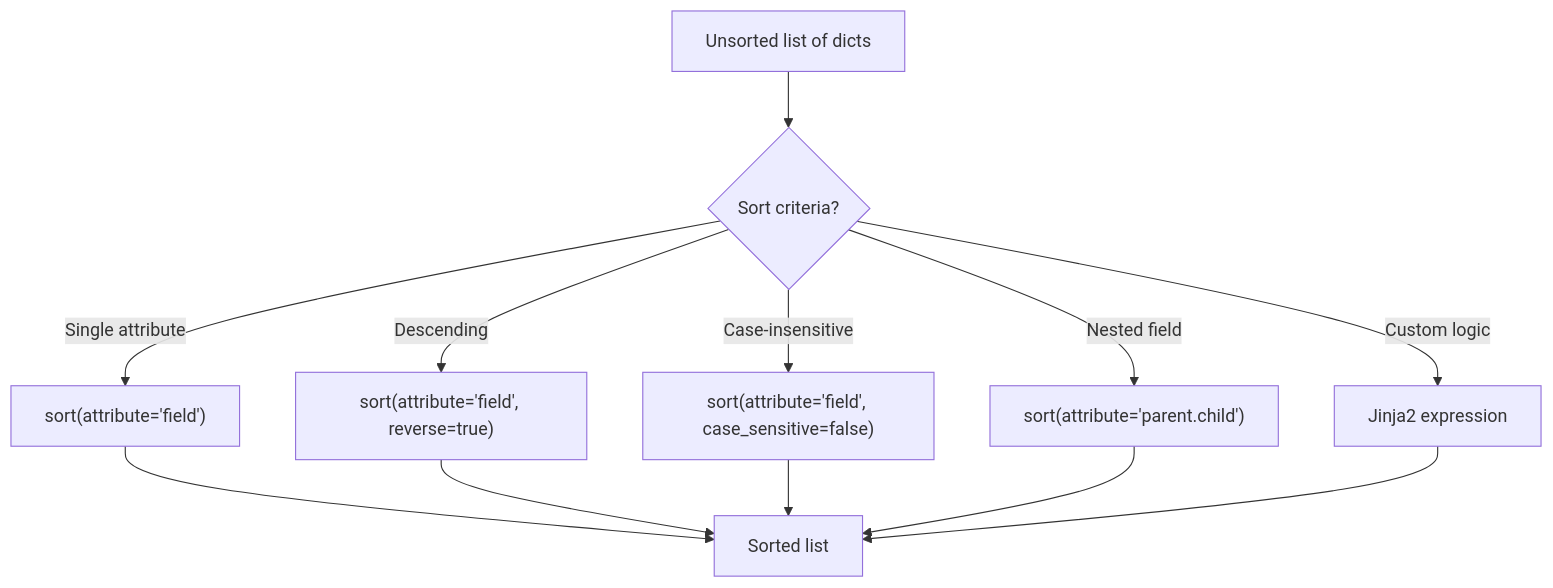
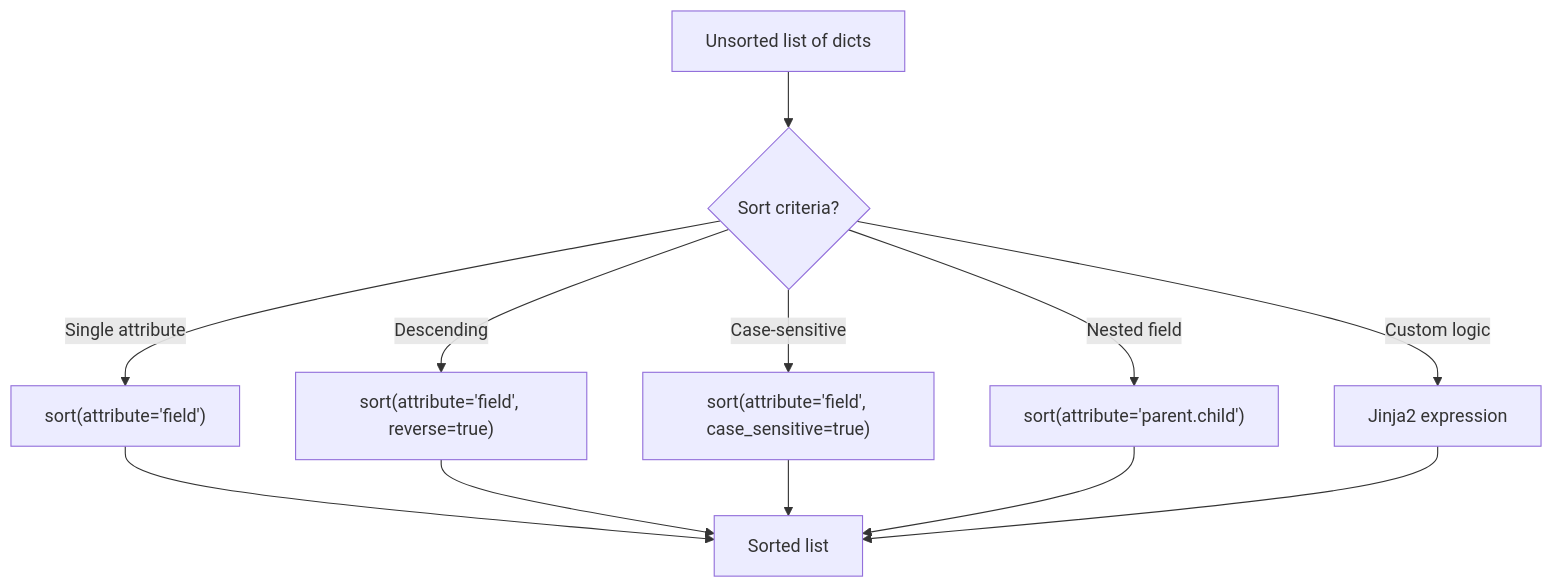
The diagram in posts/2026-02-21-how-to-sort-lists-of-dictionaries-in-ansible/README.md (OneUptime/blog), drawn with Mermaid before and after one commit. The commit also changed other lines of this file and 2 other files, not shown here.

Commit message:
validate: 2026-02-21-how-to-sort-lists-of-dictionaries-in-ansible

````diff
--- a/posts/2026-02-21-how-to-sort-lists-of-dictionaries-in-ansible/README.md
+++ b/posts/2026-02-21-how-to-sort-lists-of-dictionaries-in-ansible/README.md
@@ -285,14 +286,14 @@
 ```mermaid
 graph TD
     A[Unsorted list of dicts] --> B{Sort criteria?}
     B -->|Single attribute| C["sort(attribute='field')"]
     B -->|Descending| D["sort(attribute='field', reverse=true)"]
-    B -->|Case-insensitive| E["sort(attribute='field', case_sensitive=false)"]
+    B -->|Case-sensitive| E["sort(attribute='field', case_sensitive=true)"]
     B -->|Nested field| F["sort(attribute='parent.child')"]
     B -->|Custom logic| G[Jinja2 expression]
     C --> H[Sorted list]
     D --> H
     E --> H
     F --> H
     G --> H
 ```
````
